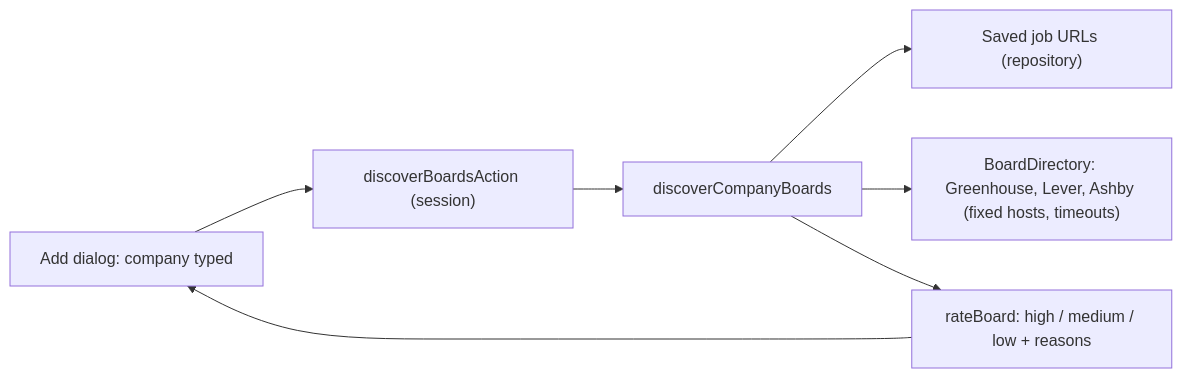
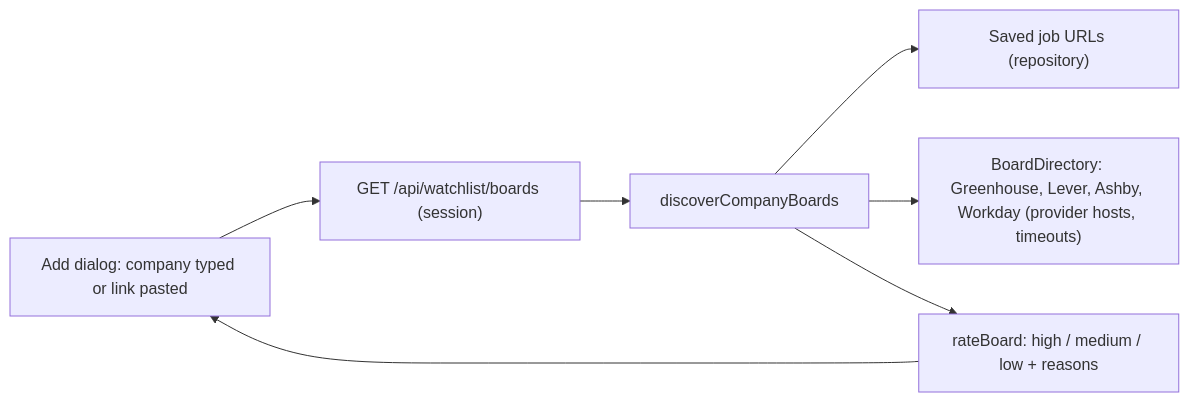
Before and after one commit to drew-bomar/jword: the sixth of 6 diagrams in docs/ARCHITECTURE.md, drawn with Mermaid. The commit also changed other lines of this file and 10 other files, not shown here.

First line of the commit message:
Document Workday boards and watch capture (ADRs 022-023)

````diff
--- a/docs/ARCHITECTURE.md
+++ b/docs/ARCHITECTURE.md
@@ -391,9 +393,9 @@
 ```mermaid
 flowchart LR
-    F["Add dialog: company typed"] --> A["discoverBoardsAction (session)"]
+    F["Add dialog: company typed or link pasted"] --> A["GET /api/watchlist/boards (session)"]
     A --> S["discoverCompanyBoards"]
     S --> L["Saved job URLs (repository)"]
-    S --> D["BoardDirectory: Greenhouse, Lever, Ashby (fixed hosts, timeouts)"]
+    S --> D["BoardDirectory: Greenhouse, Lever, Ashby, Workday (provider hosts, timeouts)"]
     S --> R["rateBoard: high / medium / low + reasons"]
     R --> F
 ```
````
